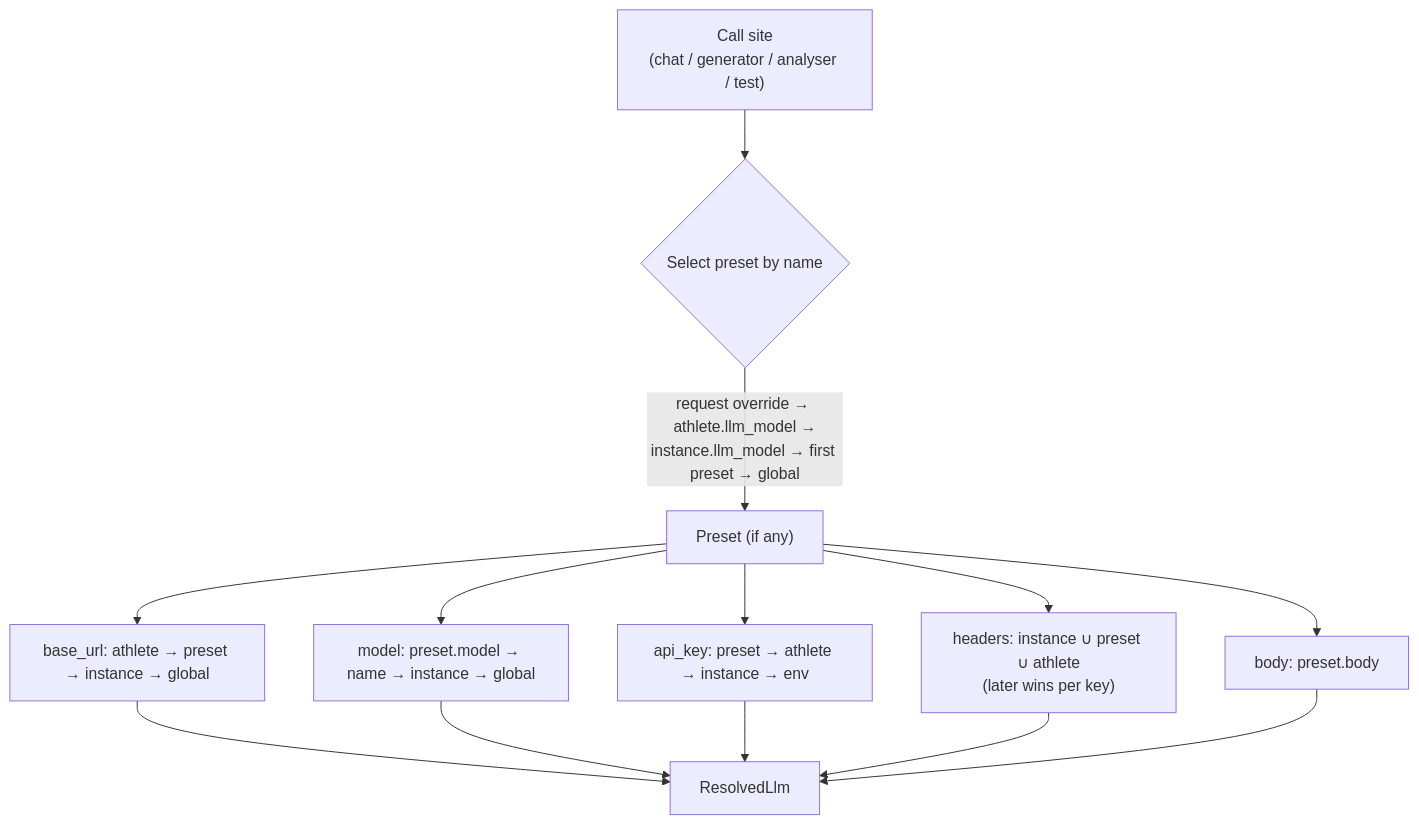
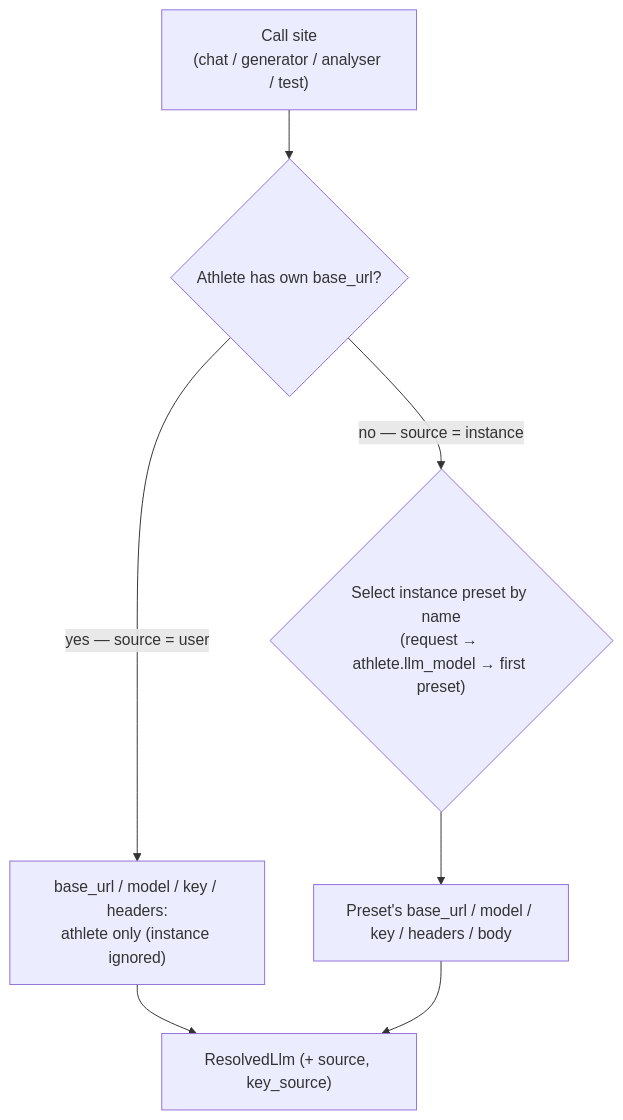
The diagram in docs/architecture/llm.md (openkoutsi/openkoutsi-arch), drawn with Mermaid before and after one commit. The commit also changed other lines of this file and 1 other file, not shown here.

First line of the commit message:
Update LLM architecture for BYOK + preset-only config

````diff
--- a/docs/architecture/llm.md
+++ b/docs/architecture/llm.md
@@ -96,15 +110,9 @@
 ```mermaid
 flowchart TD
-    Req["Call site<br/>(chat / generator / analyser / test)"] --> Sel{"Select preset by name"}
-    Sel -->|"request override → athlete.llm_model →<br/>instance.llm_model → first preset → global"| P["Preset (if any)"]
-    P --> BU["base_url: athlete → preset → instance → global"]
-    P --> M["model: preset.model → name → instance → global"]
-    P --> K["api_key: preset → athlete → instance → env"]
-    P --> H["headers: instance ∪ preset ∪ athlete<br/>(later wins per key)"]
-    P --> B["body: preset.body"]
-    BU --> RL["ResolvedLlm"]
-    M --> RL
-    K --> RL
-    H --> RL
-    B --> RL
+    Req["Call site<br/>(chat / generator / analyser / test)"] --> BYOK{"Athlete has own base_url?"}
+    BYOK -->|"yes — source = user"| U["base_url / model / key / headers:<br/>athlete only (instance ignored)"]
+    BYOK -->|"no — source = instance"| Sel{"Select instance preset by name<br/>(request → athlete.llm_model → first preset)"}
+    Sel --> P["Preset's base_url / model / key / headers / body"]
+    U --> RL["ResolvedLlm (+ source, key_source)"]
+    P --> RL
 ```
````
